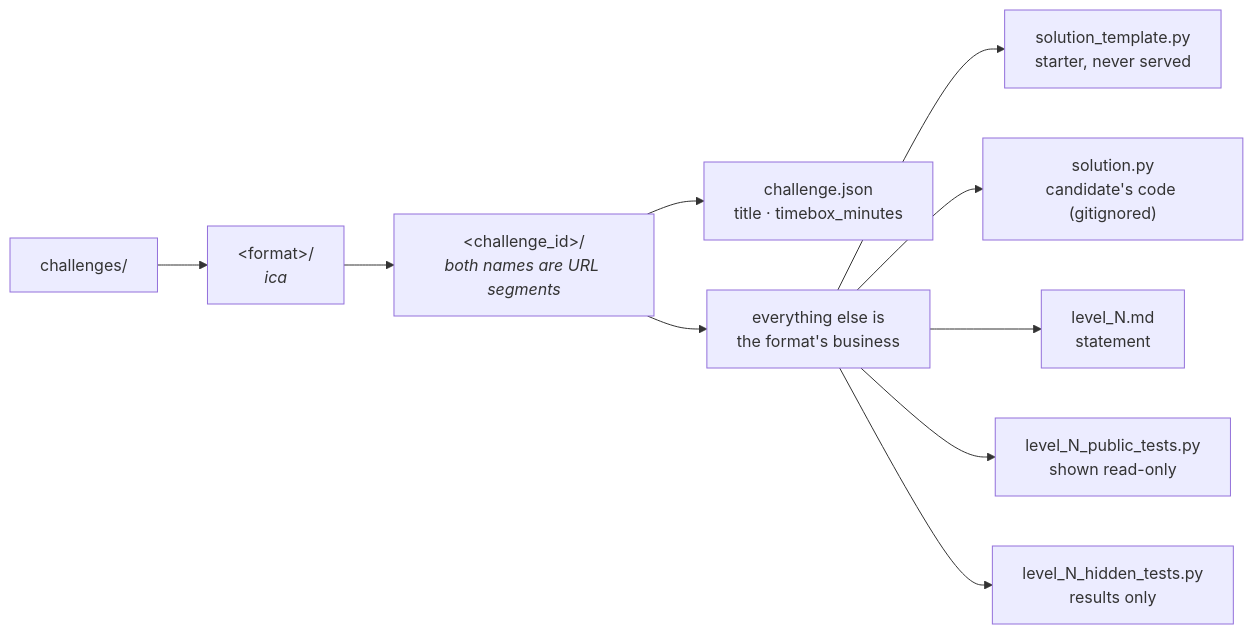
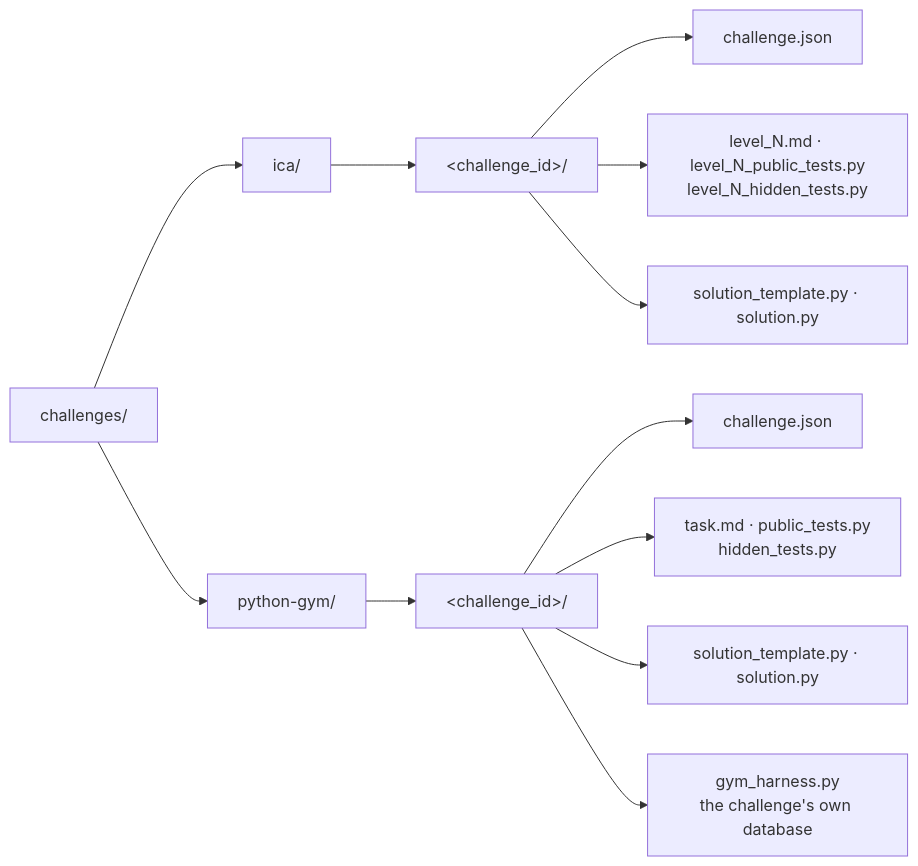
The fourth of 4 diagrams in COMPONENTS.md (evertoncastro/CodeReps), drawn with Mermaid before and after one commit. The commit also changed other lines of this file and 15 other files, not shown here.

````diff
--- a/COMPONENTS.md
+++ b/COMPONENTS.md
@@ -117,12 +118,16 @@
 ```mermaid
 graph LR
-    lib["challenges/"] --> f["&lt;format&gt;/<br/><i>ica</i>"]
-    f --> c["&lt;challenge_id&gt;/<br/><i>both names are URL segments</i>"]
-    c --> meta["challenge.json<br/>title · timebox_minutes"]
-    c --> rest["everything else is<br/>the format's business"]
-    rest --> tpl["solution_template.py<br/>starter, never served"]
-    rest --> sol["solution.py<br/>candidate's code (gitignored)"]
-    rest --> lvl["level_N.md<br/>statement"]
-    rest --> pub["level_N_public_tests.py<br/>shown read-only"]
-    rest --> hid["level_N_hidden_tests.py<br/>results only"]
+    lib["challenges/"] --> ica["ica/"]
+    lib --> gym["python-gym/"]
+
+    ica --> c1["&lt;challenge_id&gt;/"]
+    c1 --> meta1["challenge.json"]
+    c1 --> l1["level_N.md · level_N_public_tests.py<br/>level_N_hidden_tests.py"]
+    c1 --> t1["solution_template.py · solution.py"]
+
+    gym --> c2["&lt;challenge_id&gt;/"]
+    c2 --> meta2["challenge.json"]
+    c2 --> l2["task.md · public_tests.py<br/>hidden_tests.py"]
+    c2 --> t2["solution_template.py · solution.py"]
+    c2 --> h2["gym_harness.py<br/>the challenge's own database"]
 ```
````
